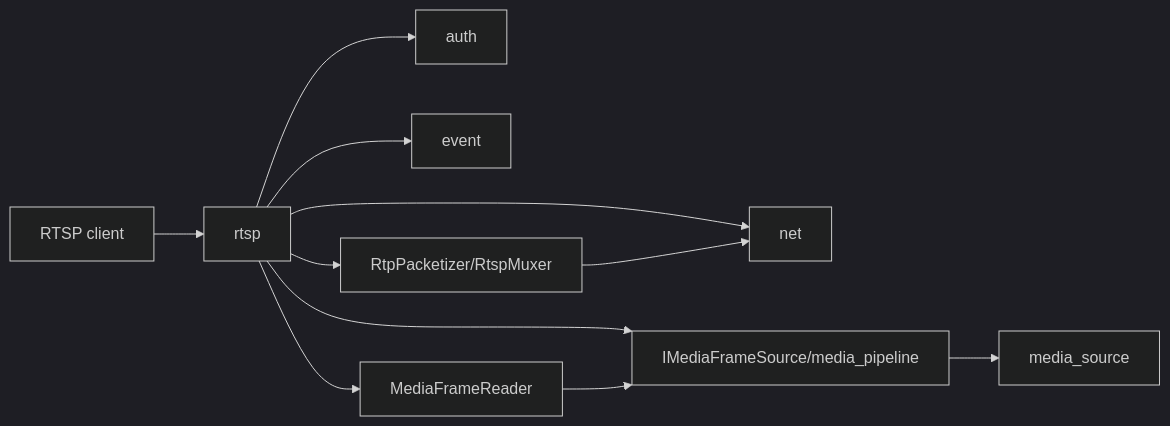
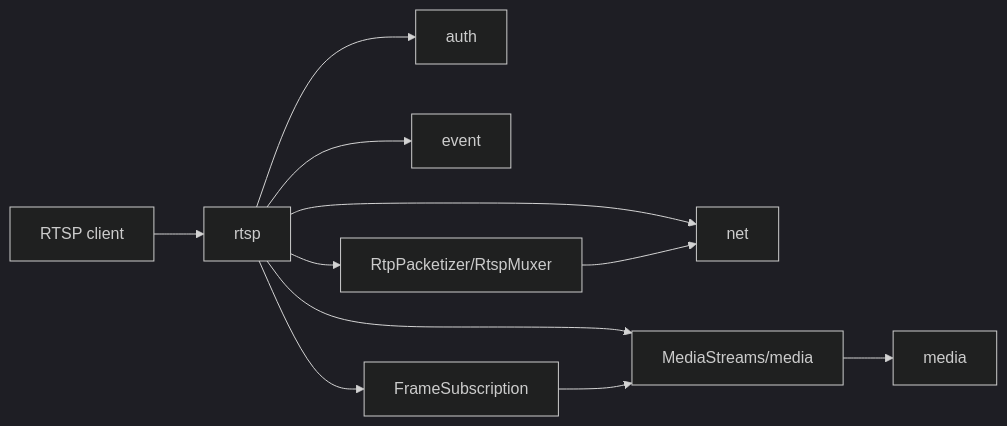
The diagram in docs/libs/rtsp.md (373699756/live_stream), drawn with Mermaid (dark theme) before and after one commit. The commit also changed other lines of this file and 8 other files, not shown here.

Commit message:
refactor(rtsp): use MediaStreams subscriptions for playback

````diff
--- a/docs/libs/rtsp.md
+++ b/docs/libs/rtsp.md
@@ -15,13 +15,13 @@
 ```mermaid
 flowchart LR
   Client[RTSP client] --> RTSP[rtsp]
   RTSP --> Net[net]
   RTSP --> Auth[auth]
   RTSP --> Events[event]
-  RTSP --> Reader[MediaFrameReader]
+  RTSP --> Subscription[FrameSubscription]
   RTSP --> Mux[RtpPacketizer/RtspMuxer]
-  RTSP --> Source[IMediaFrameSource/media_pipeline]
-  Reader --> Source
+  RTSP --> Source[MediaStreams/media]
+  Subscription --> Source
   Mux --> Net
-  Source --> Media[media_source]
+  Source --> Media[media]
 ```
````
